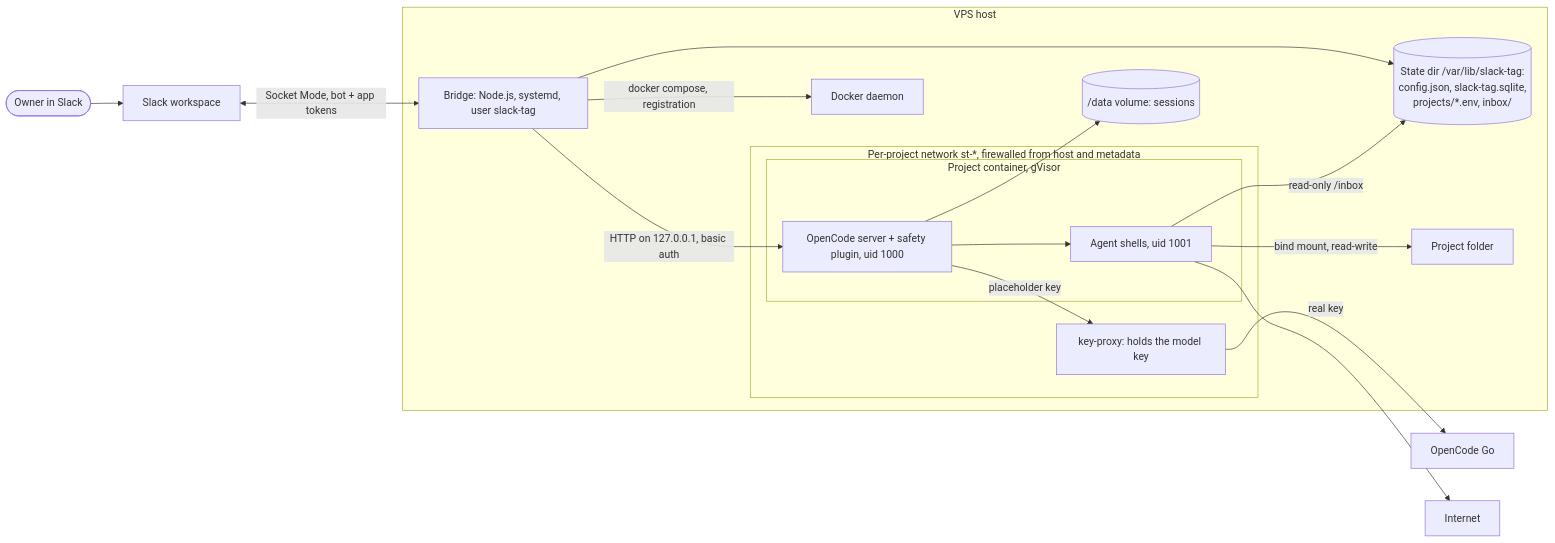
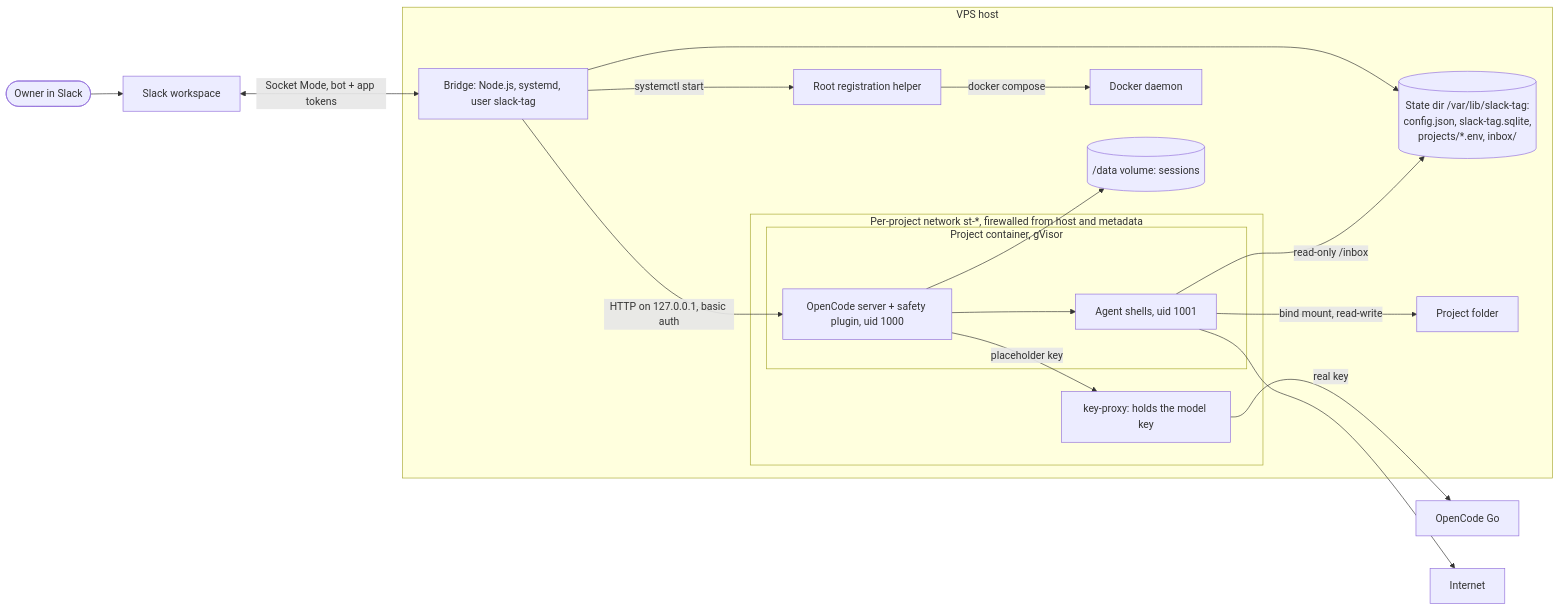
The diagram in docs/trust-boundaries.md (Kannav02/slack-tag), drawn with Mermaid before and after one commit. The commit also changed other lines of this file and 2 other files, not shown here.

````diff
--- a/docs/trust-boundaries.md
+++ b/docs/trust-boundaries.md
@@ -21,22 +22,23 @@
 ```mermaid
 flowchart LR
     Owner([Owner in Slack]) --> Slack[Slack workspace]
     Slack <-- Socket Mode, bot + app tokens --> Bridge
     subgraph Host[VPS host]
         Bridge[Bridge: Node.js, systemd, user slack-tag] --> State[(State dir /var/lib/slack-tag:<br/>config.json, slack-tag.sqlite,<br/>projects/*.env, inbox/)]
-        Bridge -- docker compose, registration --> Docker[Docker daemon]
+        Bridge -- systemctl start --> Helper[Root registration helper]
+        Helper -- docker compose --> Docker[Docker daemon]
         Bridge -- HTTP on 127.0.0.1, basic auth --> Server
         subgraph Net[Per-project network st-*, firewalled from host and metadata]
             subgraph Container[Project container, gVisor]
                 Server[OpenCode server + safety plugin, uid 1000] --> Agent[Agent shells, uid 1001]
             end
             Proxy[key-proxy: holds the model key]
         end
         Agent -- bind mount, read-write --> Files[Project folder]
         Agent -- read-only /inbox --> State
         Server --> Data[(/data volume: sessions)]
     end
     Server -- placeholder key --> Proxy
     Proxy -- real key --> Provider[OpenCode Go]
     Agent --> Internet[Internet]
 ```
````
